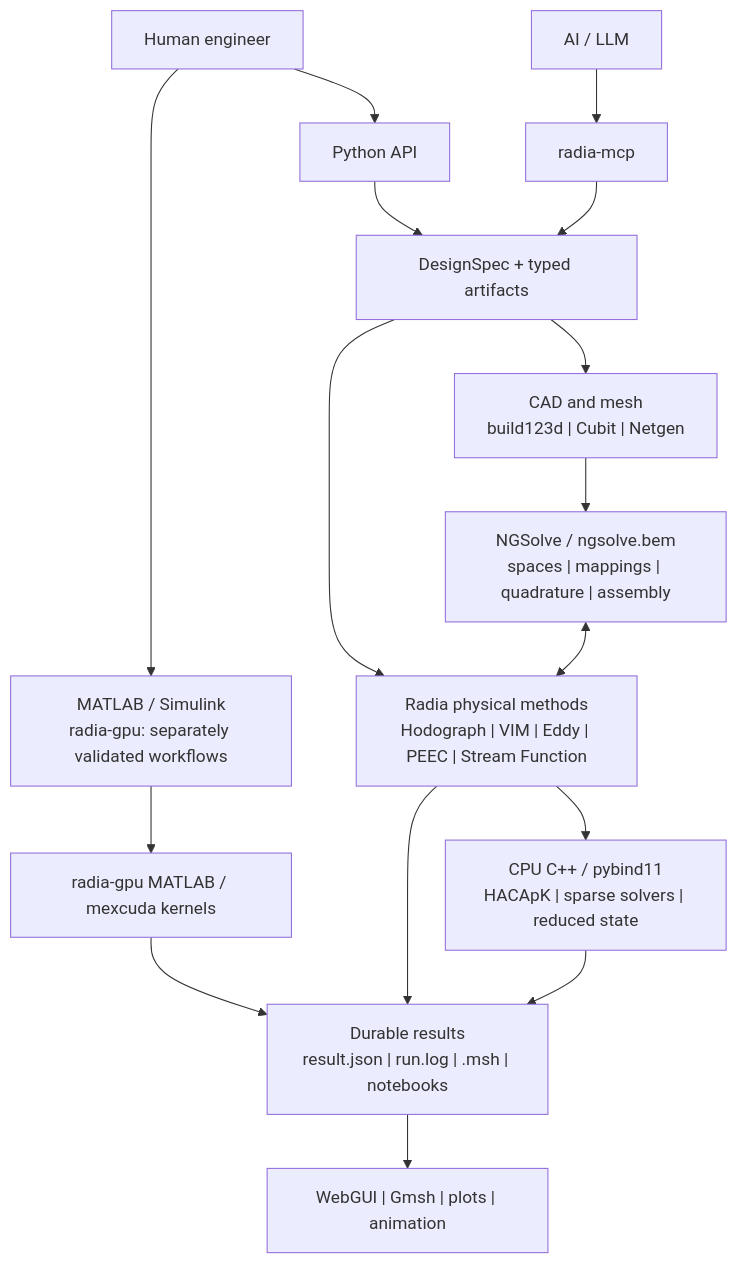
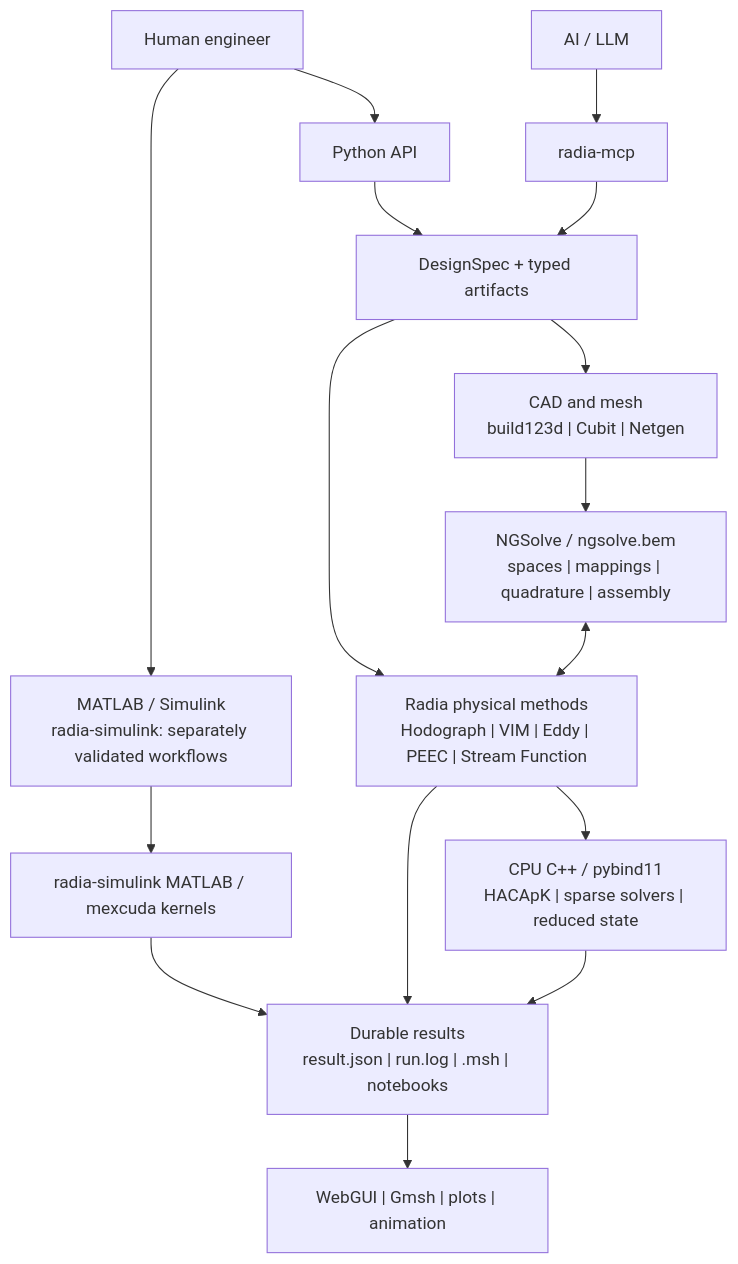
The diagram in README.md (ksugahar/Radia), drawn with Mermaid before and after one commit. The commit also changed other lines of this file and 1310 other files, not shown here.

````diff
--- a/README.md
+++ b/README.md
@@ -258,20 +258,20 @@
 ```mermaid
 flowchart TB
     AI["AI / LLM"] --> MCP["radia-mcp"]
     Human["Human engineer"] --> Python
-    Human --> Simulink["MATLAB / Simulink<br/>radia-gpu: separately validated workflows"]
-    Simulink --> GPU["radia-gpu MATLAB / mexcuda kernels"]
+    Human --> Simulink["MATLAB / Simulink<br/>radia-simulink: separately validated workflows"]
+    Simulink --> GPU["radia-simulink MATLAB / mexcuda kernels"]
     GPU --> Results
     Python["Python API"] --> Contract["DesignSpec + typed artifacts"]
     MCP --> Contract
 
     Contract --> CAD["CAD and mesh<br/>build123d | Cubit | Netgen"]
     Contract --> Methods["Radia physical methods<br/>Hodograph | VIM | Eddy | PEEC | Stream Function"]
     CAD --> NGSolve["NGSolve / ngsolve.bem<br/>spaces | mappings | quadrature | assembly"]
     NGSolve <--> Methods
 
     Methods --> Native["CPU C++ / pybind11<br/>HACApK | sparse solvers | reduced state"]
     Methods --> Results["Durable results<br/>result.json | run.log | .msh | notebooks"]
     Native --> Results
     Results --> Viz["WebGUI | Gmsh | plots | animation"]
 ```
````
